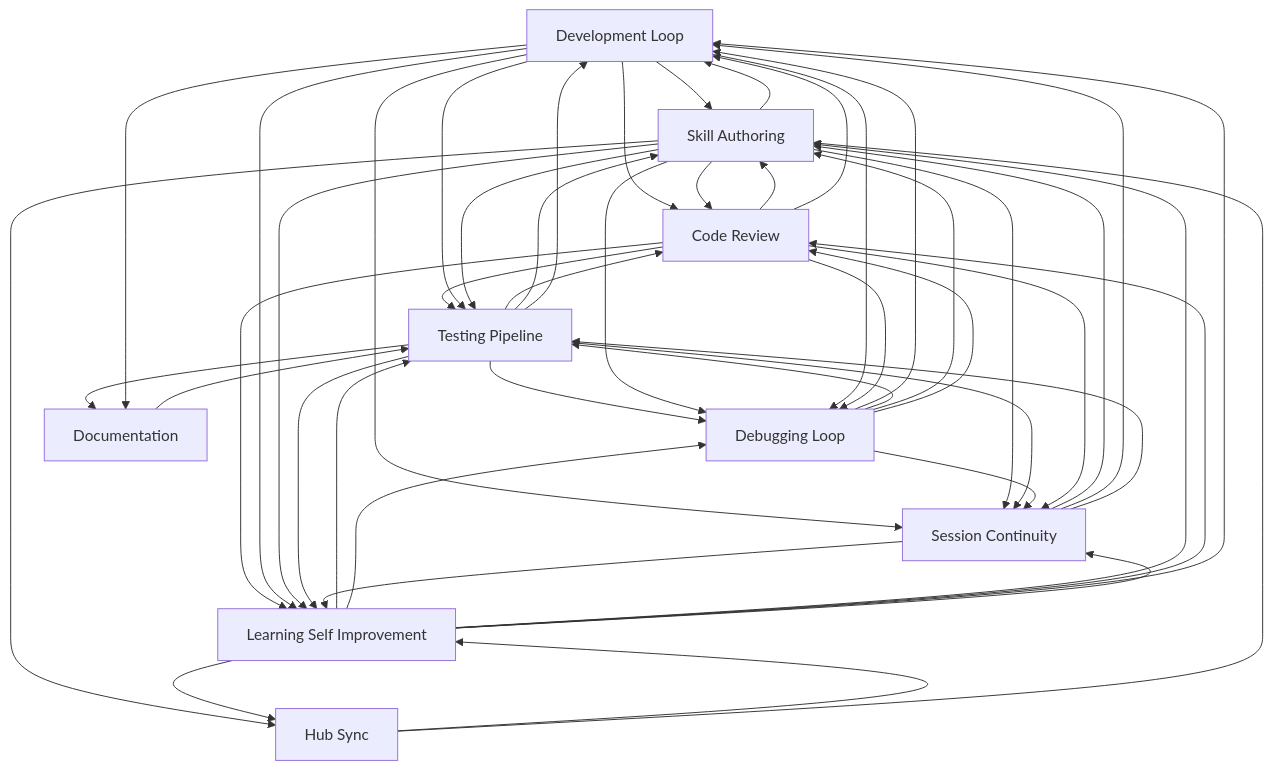
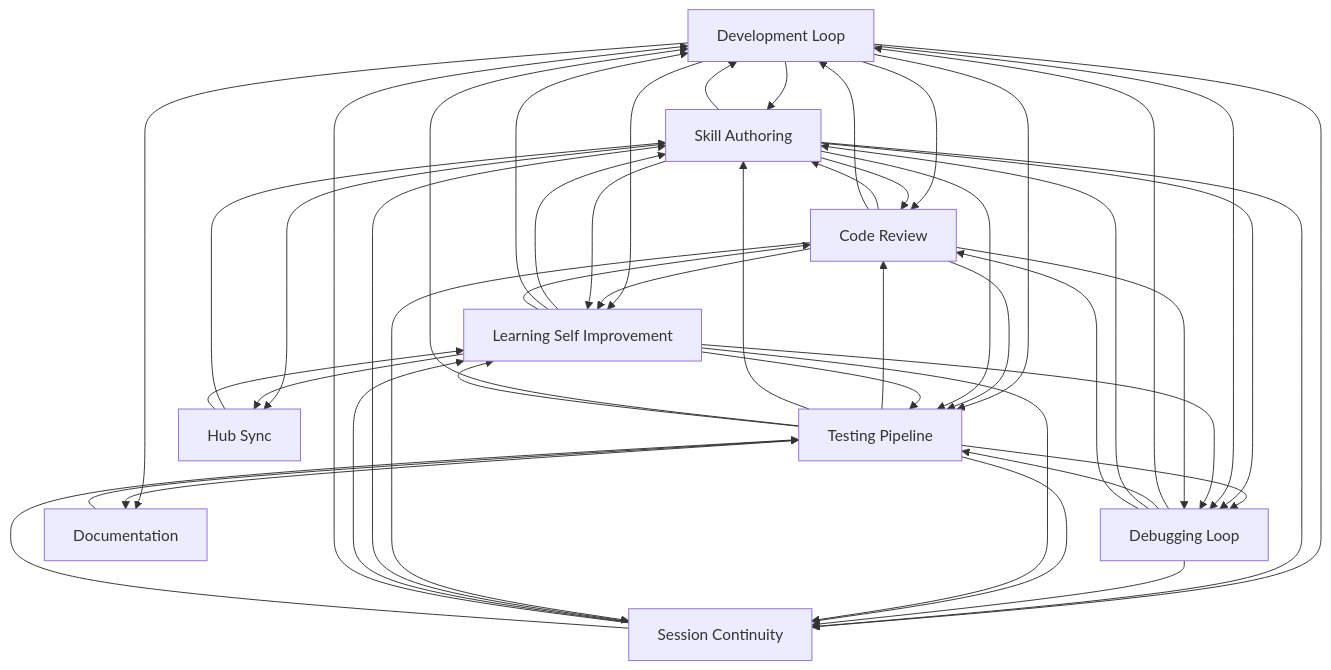
Before and after one commit to abhayla/claude-best-practices: the diagram in docs/workflows/INDEX.md, drawn with Mermaid. The commit also changed other lines of this file and 13 other files, not shown here.

````diff
--- a/docs/workflows/INDEX.md
+++ b/docs/workflows/INDEX.md
@@ -21,58 +21,58 @@
 ```mermaid
 graph TD
     development_loop[Development Loop]
     testing_pipeline[Testing Pipeline]
     debugging_loop[Debugging Loop]
     learning_self_improvement[Learning Self Improvement]
     session_continuity[Session Continuity]
     skill_authoring[Skill Authoring]
     code_review[Code Review]
     documentation[Documentation]
     hub_sync[Hub Sync]
     documentation --> testing_pipeline
+    development_loop --> skill_authoring
+    development_loop --> code_review
     code_review --> skill_authoring
     code_review --> development_loop
-    development_loop --> skill_authoring
-    development_loop --> code_review
+    development_loop --> learning_self_improvement
+    development_loop --> testing_pipeline
+    code_review --> learning_self_improvement
     code_review --> testing_pipeline
-    code_review --> learning_self_improvement
-    development_loop --> testing_pipeline
-    development_loop --> learning_self_improvement
     testing_pipeline --> code_review
     testing_pipeline --> debugging_loop
     testing_pipeline --> skill_authoring
     testing_pipeline --> development_loop
+    skill_authoring --> development_loop
     skill_authoring --> code_review
-    skill_authoring --> development_loop
+    skill_authoring --> learning_self_improvement
     skill_authoring --> testing_pipeline
-    skill_authoring --> learning_self_improvement
     development_loop --> session_continuity
     skill_authoring --> session_continuity
-    testing_pipeline --> session_continuity
     debugging_loop --> session_continuity
     debugging_loop --> development_loop
+    testing_pipeline --> session_continuity
     skill_authoring --> debugging_loop
     debugging_loop --> testing_pipeline
     debugging_loop --> skill_authoring
     debugging_loop --> code_review
     development_loop --> debugging_loop
     learning_self_improvement --> testing_pipeline
+    learning_self_improvement --> skill_authoring
     learning_self_improvement --> debugging_loop
-    learning_self_improvement --> skill_authoring
+    learning_self_improvement --> development_loop
     learning_self_improvement --> code_review
-    learning_self_improvement --> development_loop
     code_review --> debugging_loop
+    learning_self_improvement --> session_continuity
     testing_pipeline --> learning_self_improvement
-    learning_self_improvement --> session_continuity
     code_review --> session_continuity
+    session_continuity --> skill_authoring
     session_continuity --> learning_self_improvement
-    session_continuity --> skill_authoring
+    development_loop --> documentation
     testing_pipeline --> documentation
-    development_loop --> documentation
     session_continuity --> development_loop
     session_continuity --> testing_pipeline
     skill_authoring --> hub_sync
     learning_self_improvement --> hub_sync
+    hub_sync --> skill_authoring
     hub_sync --> learning_self_improvement
-    hub_sync --> skill_authoring
 ```
````
